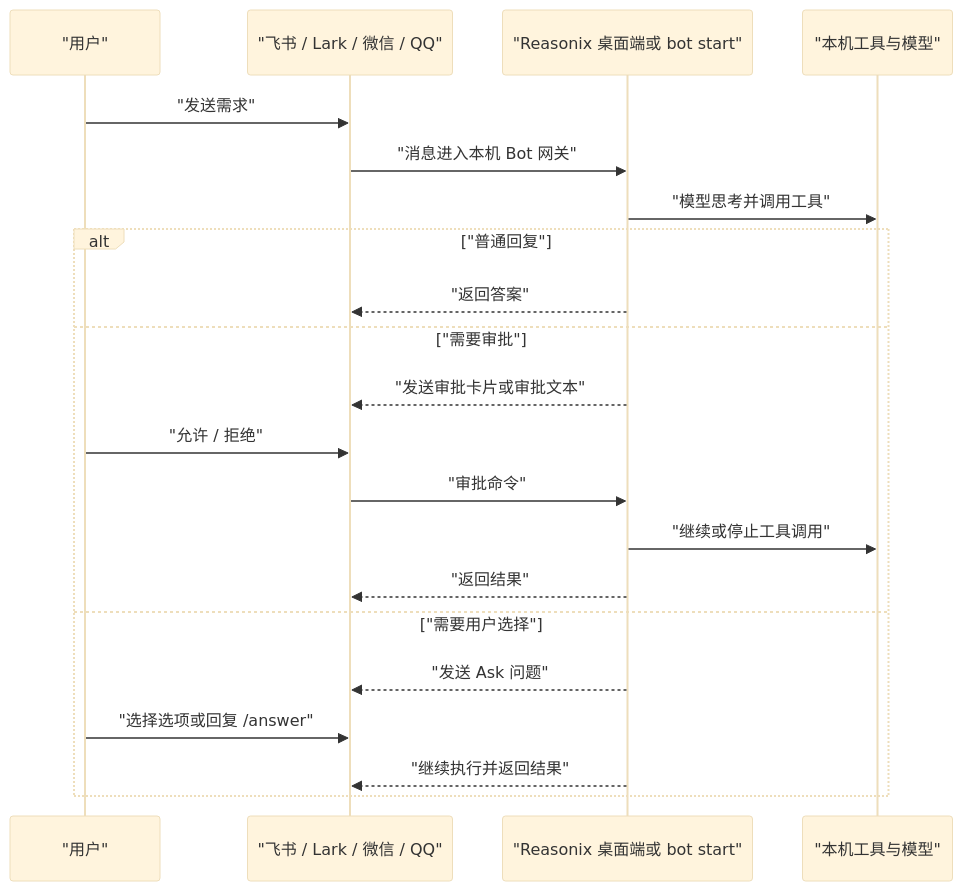
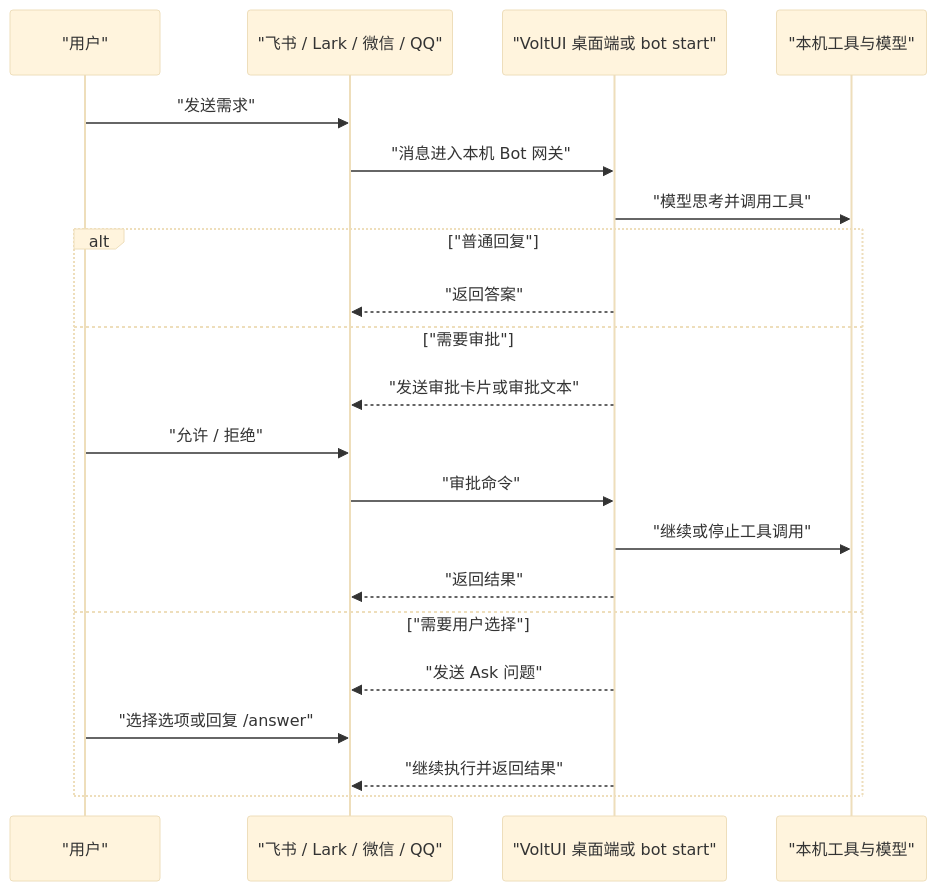
One commit to zuohuadong/volt-gui changed the second of 3 diagrams in docs/BOT_GUIDE.zh-CN.md. Above: the diagram before and after it, drawn with Mermaid (base theme). The commit also changed other lines of this file and 54 other files, not shown here.

First line of the commit message:
refactor(brand): rename Reasonix to VoltUI across CLI, desktop, and docs

````diff
--- a/docs/BOT_GUIDE.zh-CN.md
+++ b/docs/BOT_GUIDE.zh-CN.md
@@ -241,24 +241,24 @@
 ```mermaid
 sequenceDiagram
   participant U as "用户"
   participant IM as "飞书 / Lark / 微信 / QQ"
-  participant R as "Reasonix 桌面端或 bot start"
+  participant R as "VoltUI 桌面端或 bot start"
   participant T as "本机工具与模型"
 
   U->>IM: "发送需求"
   IM->>R: "消息进入本机 Bot 网关"
   R->>T: "模型思考并调用工具"
   alt "普通回复"
     R-->>IM: "返回答案"
   else "需要审批"
     R-->>IM: "发送审批卡片或审批文本"
     U->>IM: "允许 / 拒绝"
     IM->>R: "审批命令"
     R->>T: "继续或停止工具调用"
     R-->>IM: "返回结果"
   else "需要用户选择"
     R-->>IM: "发送 Ask 问题"
     U->>IM: "选择选项或回复 /answer"
     R-->>IM: "继续执行并返回结果"
   end
 ```
````
